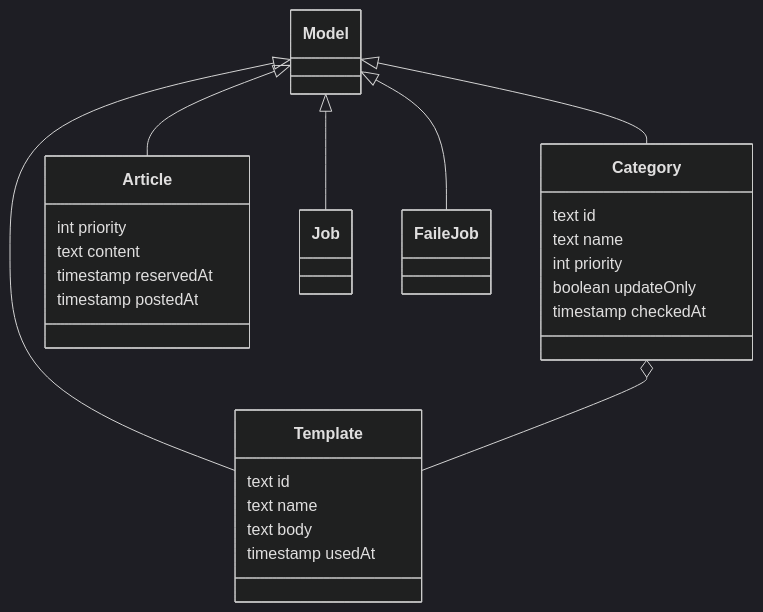
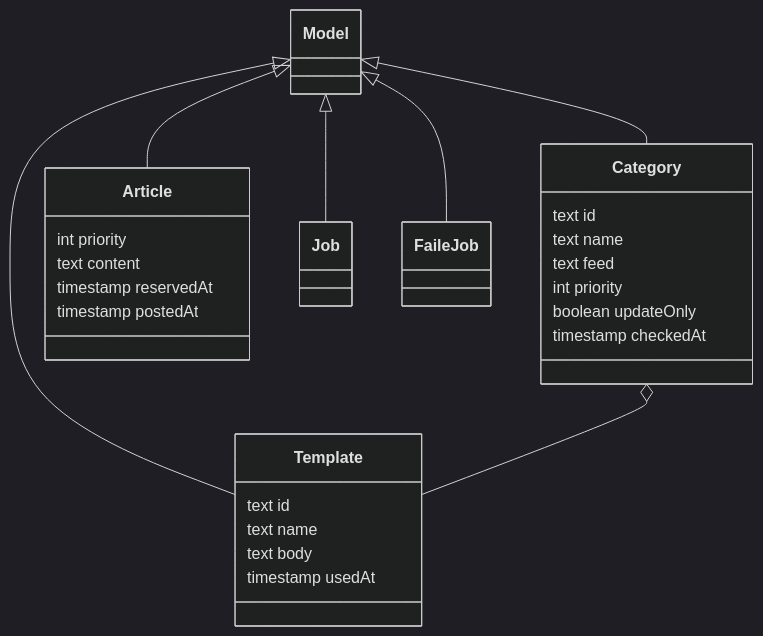
One commit to MichinobuMaeda/squirrelwheel changed the second of 8 diagrams in README.md. Above: the diagram before and after it, drawn with Mermaid (dark theme). The commit also changed other lines of this file and 18 other files, not shown here.

````diff
--- a/README.md
+++ b/README.md
@@ -102,28 +102,29 @@
 ```mermaid
 classDiagram
 class Category {
     text id
     text name
+    text feed
     int priority
     boolean updateOnly
     timestamp checkedAt
 }
 class Template {
     text id
     text name
     text body
     timestamp usedAt
 }
 class Article {
     int priority
     text content
     timestamp reservedAt
     timestamp postedAt
 }
 Model <|-- Category
 Model <|-- Template
 Model <|-- Article
 Model <|-- Job
 Model <|-- FaileJob
 Category o-- Template
 ```
````
